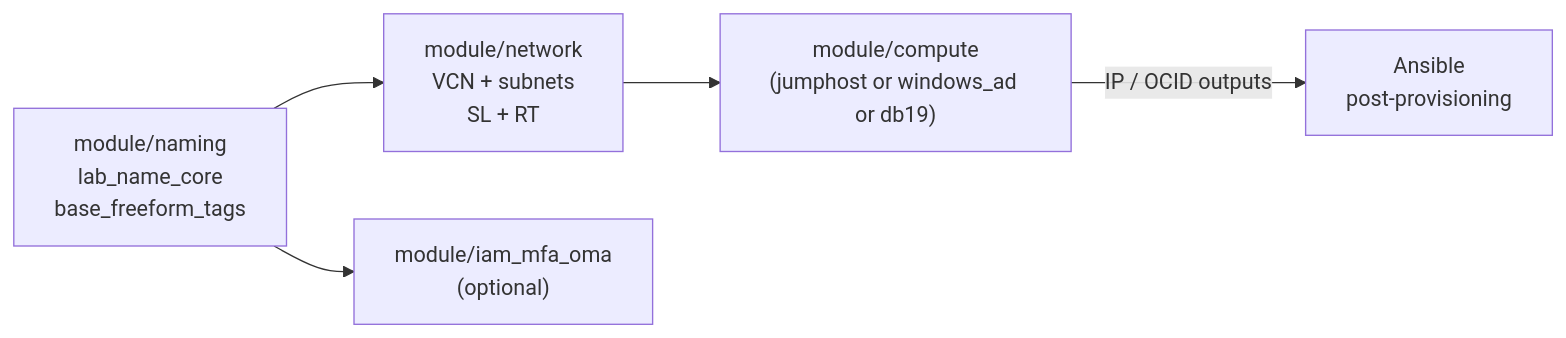
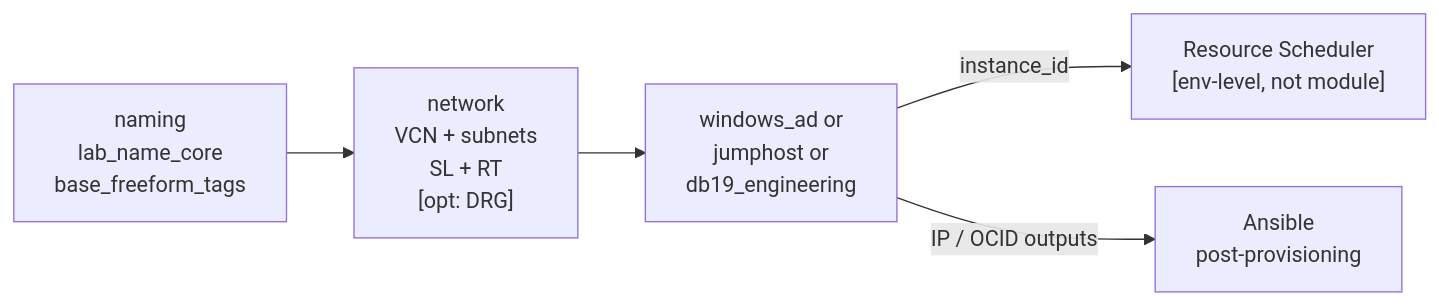
One commit to oehrlis/oci-labs changed the diagram in docs/architecture-overview.md. Above: the diagram before and after it, drawn with Mermaid. The commit also changed other lines of this file and 1 other file, not shown here.

First line of the commit message:
docs(arch): update architecture overview + enforce module/env separation

````diff
--- a/docs/architecture-overview.md
+++ b/docs/architecture-overview.md
@@ -90,12 +149,12 @@
 ```mermaid
 flowchart LR
-    N["module/naming\nlab_name_core\nbase_freeform_tags"]
-    NET["module/network\nVCN + subnets\nSL + RT"]
-    COMP["module/compute\n(jumphost or windows_ad or db19)"]
-    IAM["module/iam_mfa_oma\n(optional)"]
+    N["naming\nlab_name_core\nbase_freeform_tags"]
+    NET["network\nVCN + subnets\nSL + RT\n[opt: DRG]"]
+    COMP["windows_ad or\njumphost or\ndb19_engineering"]
+    SCHED["Resource Scheduler\n[env-level, not module]"]
     ANS["Ansible\npost-provisioning"]
 
     N --> NET --> COMP
-    N --> IAM
+    COMP -->|"instance_id"| SCHED
     COMP -->|"IP / OCID outputs"| ANS
 ```
````
